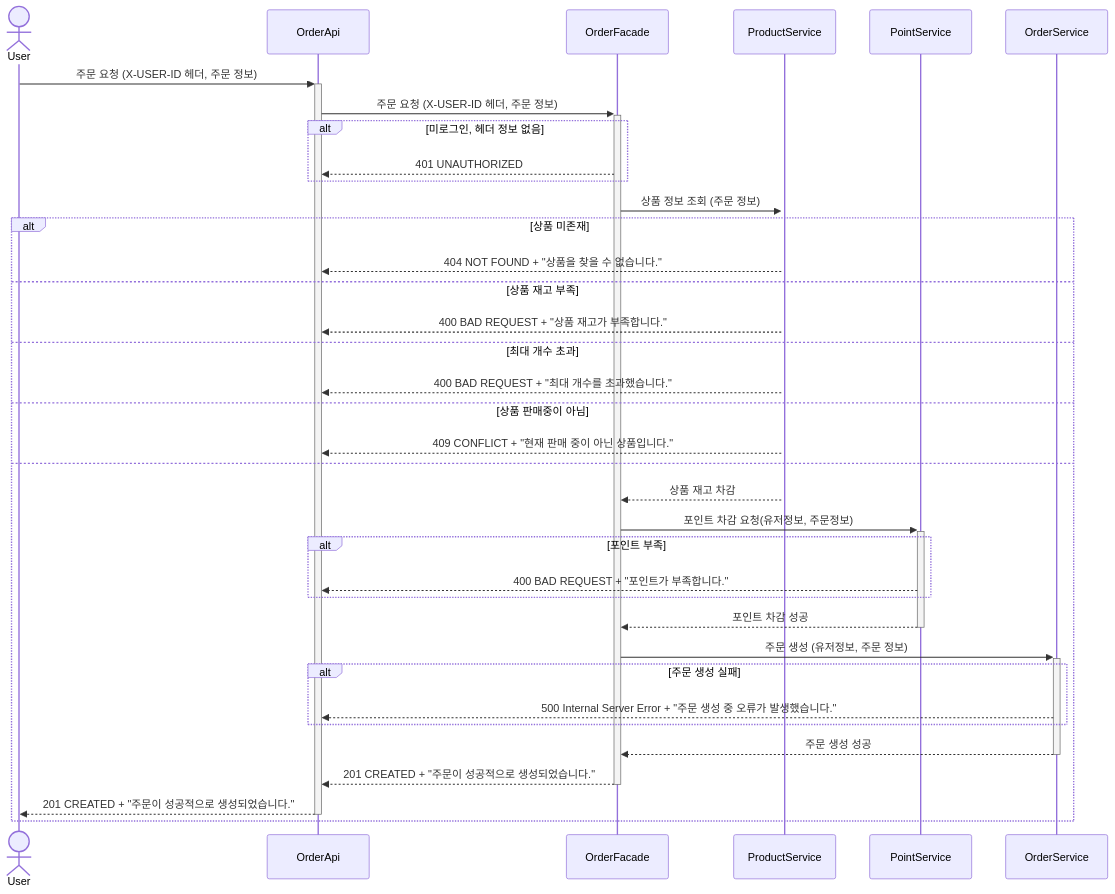
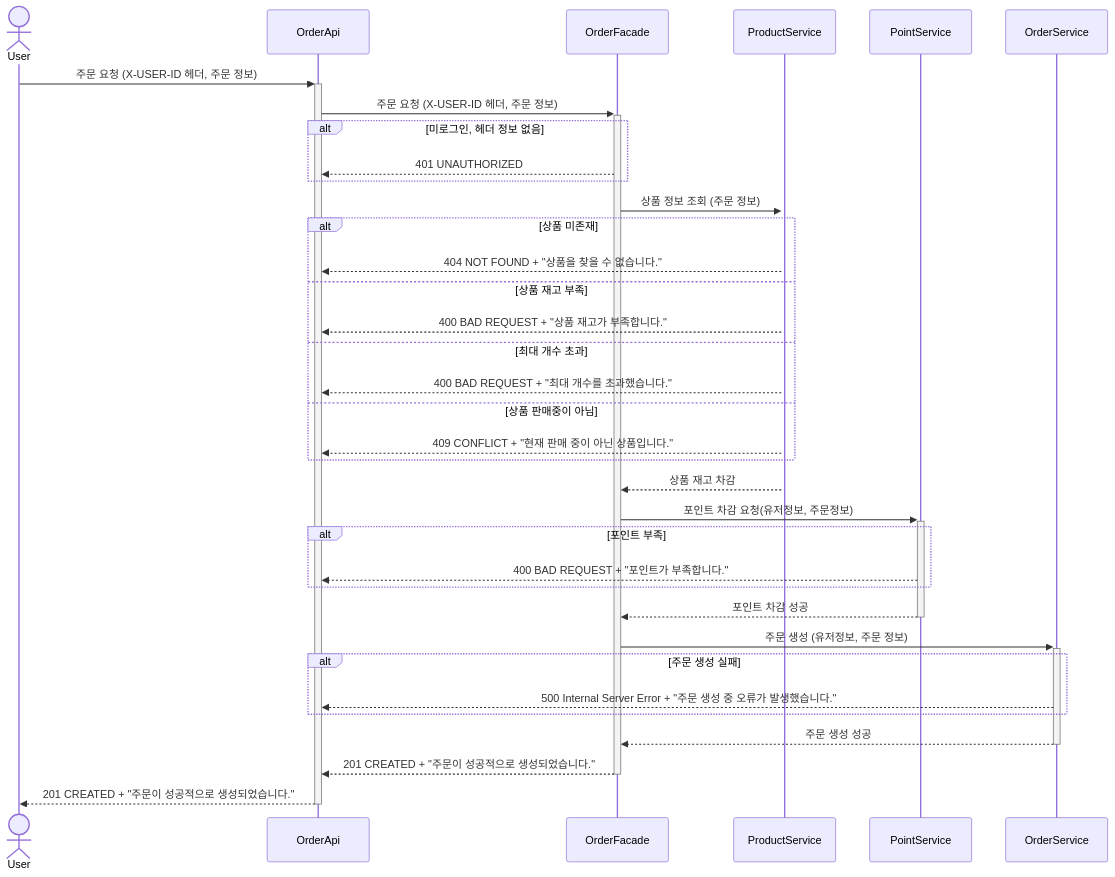
Before and after one commit to KBroJ/LoopPak_BE: the seventh of 9 diagrams in docs/design/02-sequence-diagrams.md, drawn with Mermaid. The commit also changed other lines of this file, not shown here.

Commit message:
refactor: 시퀀스 다이어그램 수정

````diff
--- a/docs/design/02-sequence-diagrams.md
+++ b/docs/design/02-sequence-diagrams.md
@@ -161,40 +158,39 @@
 ```mermaid
 sequenceDiagram
     actor U as User
     participant OA as OrderApi
     participant OF as OrderFacade
     participant PRS as ProductService
     participant POS as PointService
     participant OS as OrderService
     
     U->>+OA: 주문 요청 (X-USER-ID 헤더, 주문 정보)
     OA->>+OF: 주문 요청 (X-USER-ID 헤더, 주문 정보)
     alt 미로그인, 헤더 정보 없음
         OF-->>OA: 401 UNAUTHORIZED
     end
     
     OF->>+PRS: 상품 정보 조회 (주문 정보)
     alt 상품 미존재
         PRS-->>OA: 404 NOT FOUND + "상품을 찾을 수 없습니다."
     else 상품 재고 부족
         PRS-->>OA: 400 BAD REQUEST + "상품 재고가 부족합니다."
     else 최대 개수 초과
         PRS-->>OA: 400 BAD REQUEST + "최대 개수를 초과했습니다."
     else 상품 판매중이 아님
         PRS-->>OA: 409 CONFLICT + "현재 판매 중이 아닌 상품입니다."
-    else 
-        PRS-->>OF: 상품 재고 차감
-        OF->>+POS: 포인트 차감 요청(유저정보, 주문정보)
-        alt 포인트 부족
-            POS-->>OA: 400 BAD REQUEST + "포인트가 부족합니다."
-        end
-        POS-->>-OF: 포인트 차감 성공
-        OF->>+OS: 주문 생성 (유저정보, 주문 정보)
-        alt 주문 생성 실패
-            OS-->>OA: 500 Internal Server Error + "주문 생성 중 오류가 발생했습니다."
-        end
-        OS-->>-OF: 주문 생성 성공
-        OF-->>-OA: 201 CREATED + "주문이 성공적으로 생성되었습니다."
-        OA-->>-U: 201 CREATED + "주문이 성공적으로 생성되었습니다."
     end
+    PRS-->>OF: 상품 재고 차감
+    OF->>+POS: 포인트 차감 요청(유저정보, 주문정보)
+    alt 포인트 부족
+        POS-->>OA: 400 BAD REQUEST + "포인트가 부족합니다."
+    end
+    POS-->>-OF: 포인트 차감 성공
+    OF->>+OS: 주문 생성 (유저정보, 주문 정보)
+    alt 주문 생성 실패
+        OS-->>OA: 500 Internal Server Error + "주문 생성 중 오류가 발생했습니다."
+    end
+    OS-->>-OF: 주문 생성 성공
+    OF-->>-OA: 201 CREATED + "주문이 성공적으로 생성되었습니다."
+    OA-->>-U: 201 CREATED + "주문이 성공적으로 생성되었습니다."
 ```    
````
